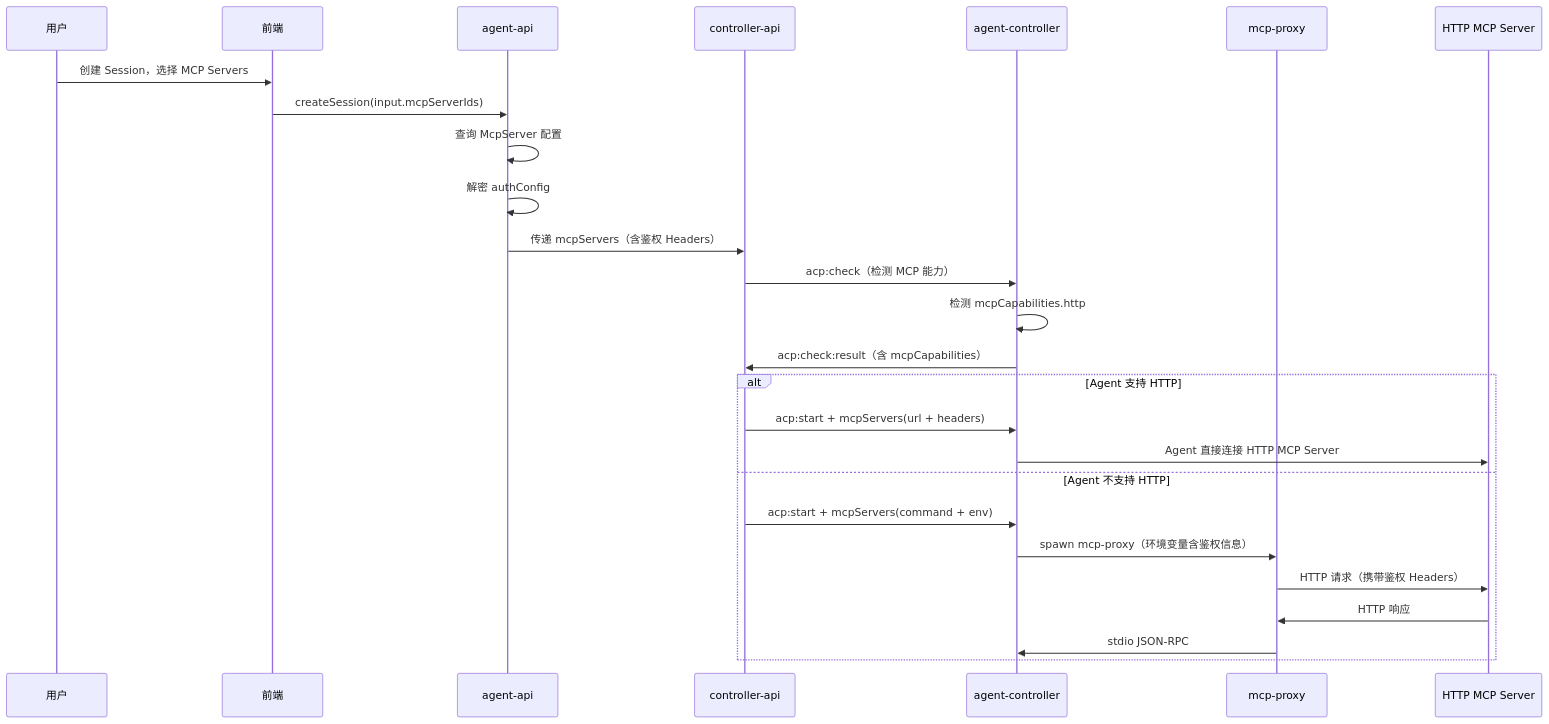
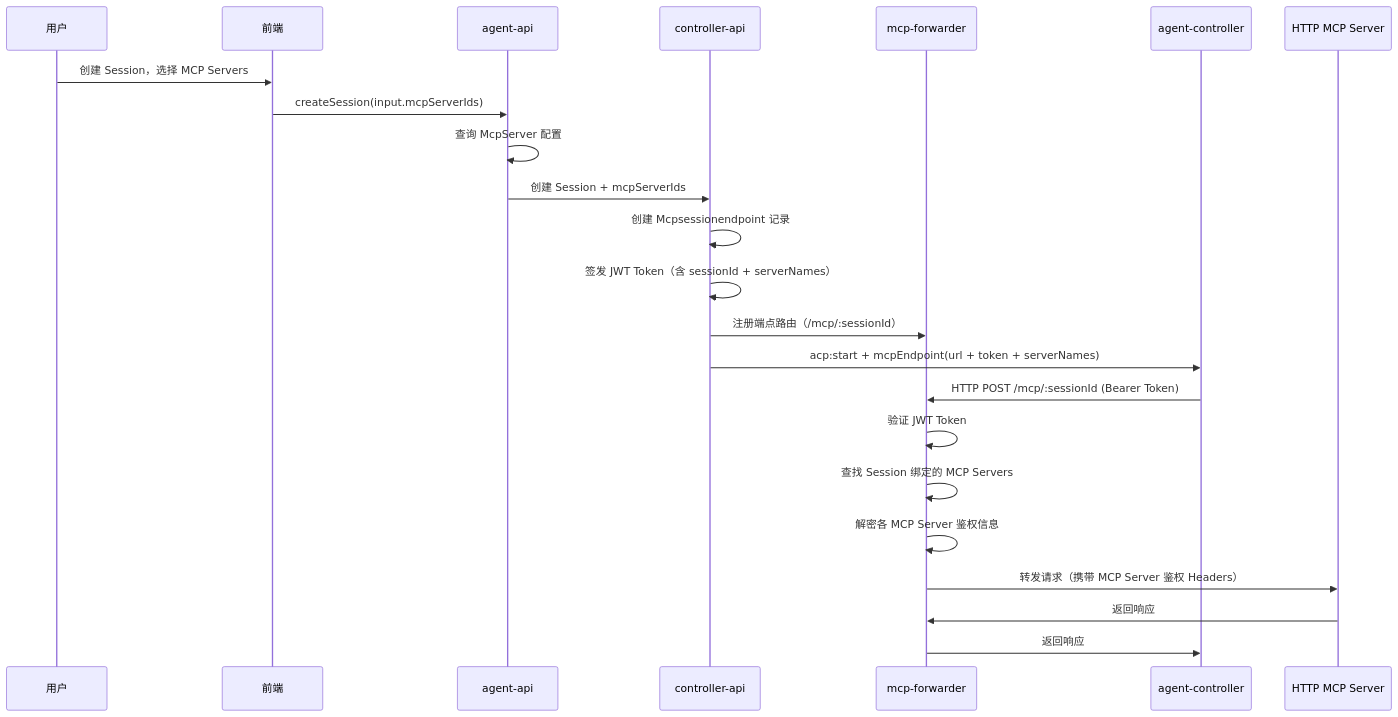
One commit to Deliay/z-agent-gear changed the third of 4 diagrams in docs/engineering/proposals/20260530-feat-mcp-proxy-config.md. Above: the diagram before and after it, drawn with Mermaid. The commit also changed other lines of this file, not shown here.

Commit message:
docs(proposal): 重构MCP转发架构 - 服务端转发服务替代controller端mcp-proxy

````diff
--- a/docs/engineering/proposals/20260530-feat-mcp-proxy-config.md
+++ b/docs/engineering/proposals/20260530-feat-mcp-proxy-config.md
@@ -273,31 +375,28 @@
 ```mermaid
 sequenceDiagram
     participant U as 用户
     participant FE as 前端
     participant API as agent-api
     participant CAPI as controller-api
+    participant FWD as mcp-forwarder
     participant CTRL as agent-controller
-    participant PROXY as mcp-proxy
     participant MCP as HTTP MCP Server
 
     U->>FE: 创建 Session，选择 MCP Servers
     FE->>API: createSession(input.mcpServerIds)
     API->>API: 查询 McpServer 配置
-    API->>API: 解密 authConfig
-    API->>CAPI: 传递 mcpServers（含鉴权 Headers）
 
-    CAPI->>CTRL: acp:check（检测 MCP 能力）
-    CTRL->>CTRL: 检测 mcpCapabilities.http
-    CTRL->>CAPI: acp:check:result（含 mcpCapabilities）
+    API->>CAPI: 创建 Session + mcpServerIds
+    CAPI->>CAPI: 创建 Mcpsessionendpoint 记录
+    CAPI->>CAPI: 签发 JWT Token（含 sessionId + serverNames）
+    CAPI->>FWD: 注册端点路由（/mcp/:sessionId）
+    CAPI->>CTRL: acp:start + mcpEndpoint(url + token + serverNames)
 
-    alt Agent 支持 HTTP
-        CAPI->>CTRL: acp:start + mcpServers(url + headers)
-        CTRL->>MCP: Agent 直接连接 HTTP MCP Server
-    else Agent 不支持 HTTP
-        CAPI->>CTRL: acp:start + mcpServers(command + env)
-        CTRL->>PROXY: spawn mcp-proxy（环境变量含鉴权信息）
-        PROXY->>MCP: HTTP 请求（携带鉴权 Headers）
-        MCP->>PROXY: HTTP 响应
-        PROXY->>CTRL: stdio JSON-RPC
-    end
+    CTRL->>FWD: HTTP POST /mcp/:sessionId (Bearer Token)
+    FWD->>FWD: 验证 JWT Token
+    FWD->>FWD: 查找 Session 绑定的 MCP Servers
+    FWD->>FWD: 解密各 MCP Server 鉴权信息
+    FWD->>MCP: 转发请求（携带 MCP Server 鉴权 Headers）
+    MCP->>FWD: 返回响应
+    FWD->>CTRL: 返回响应
 ```
````
